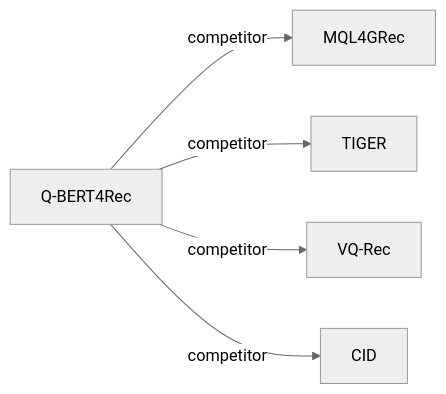
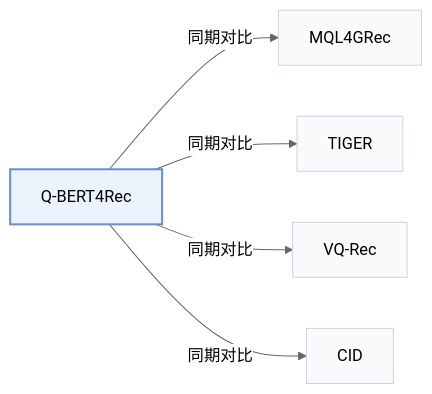
One commit to Galaxy-ghost/Awesome-SID-Generative-Rec changed the second of 2 diagrams in pages/zh/papers/q-bert4rec.md. Above: the diagram before and after it, drawn with Mermaid (neutral theme). The commit also changed other lines of this file and 649 other files, not shown here.

Commit message:
writer-05: also tags and modality index (schema, check, build, visuals); summary field removed; calibration data for 12 papers

````diff
--- a/pages/zh/papers/q-bert4rec.md
+++ b/pages/zh/papers/q-bert4rec.md
@@ -66,8 +74,12 @@
 ```mermaid
 flowchart LR
     P["Q-BERT4Rec"]
-    P -->|competitor| A["MQL4GRec"]
-    P -->|competitor| B["TIGER"]
-    P -->|competitor| C["VQ-Rec"]
-    P -->|competitor| D["CID"]
+    P -->|"同期对比"| A["MQL4GRec"]
+    P -->|"同期对比"| B["TIGER"]
+    P -->|"同期对比"| C["VQ-Rec"]
+    P -->|"同期对比"| D["CID"]
+    classDef main fill:#eaf2fb,stroke:#6b8fc7,stroke-width:2px
+    classDef peer fill:#f8fafc,stroke:#cbd5e1
+    class P main
+    class A,B,C,D peer
 ```
````
